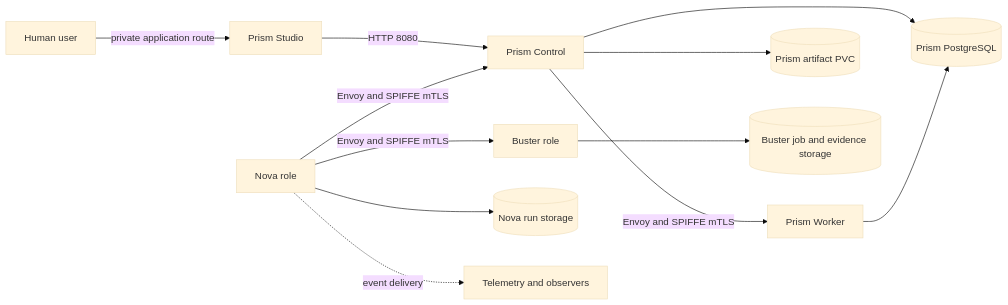
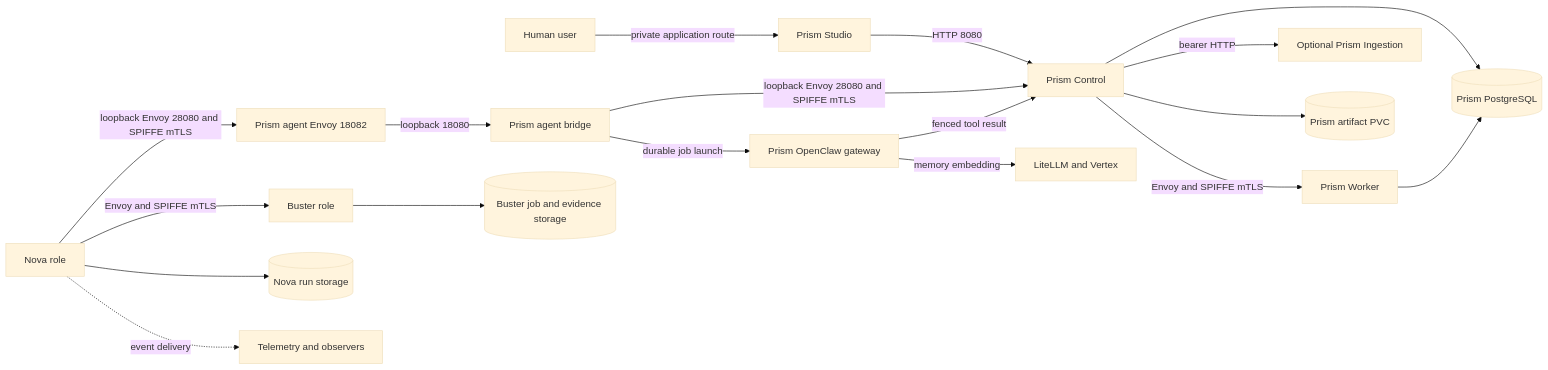
One commit to datrab/kubeclaw changed the first of 2 diagrams in docs/site/understand/deployment-and-trust.md. Above: the diagram before and after it, drawn with Mermaid (base theme). The commit also changed other lines of this file and 27 other files, not shown here.

````diff
--- a/docs/site/understand/deployment-and-trust.md
+++ b/docs/site/understand/deployment-and-trust.md
@@ -26,14 +26,20 @@
 ```mermaid
 flowchart LR
     User[Human user] -->|private application route| Studio[Prism Studio]
     Studio -->|HTTP 8080| Control[Prism Control]
     Nova[Nova role] -->|Envoy and SPIFFE mTLS| Buster[Buster role]
-    Nova -->|Envoy and SPIFFE mTLS| Control
+    Nova -->|loopback Envoy 28080 and SPIFFE mTLS| AgentProxy[Prism agent Envoy 18082]
+    AgentProxy -->|loopback 18080| Bridge[Prism agent bridge]
+    Bridge -->|loopback Envoy 28080 and SPIFFE mTLS| Control
+    Bridge -->|durable job launch| OpenClaw[Prism OpenClaw gateway]
+    OpenClaw -->|fenced tool result| Control
+    OpenClaw -->|memory embedding| LiteLLM[LiteLLM and Vertex]
     Control -->|Envoy and SPIFFE mTLS| PWorker[Prism Worker]
+    Control -->|bearer HTTP| Ingestion[Optional Prism Ingestion]
     Control --> DB[(Prism PostgreSQL)]
     PWorker --> DB
     Control --> Artifacts[(Prism artifact PVC)]
     Nova --> RunStore[(Nova run storage)]
     Buster --> BStore[(Buster job and evidence storage)]
     Nova -. event delivery .-> Telemetry[Telemetry and observers]
 ```
````
